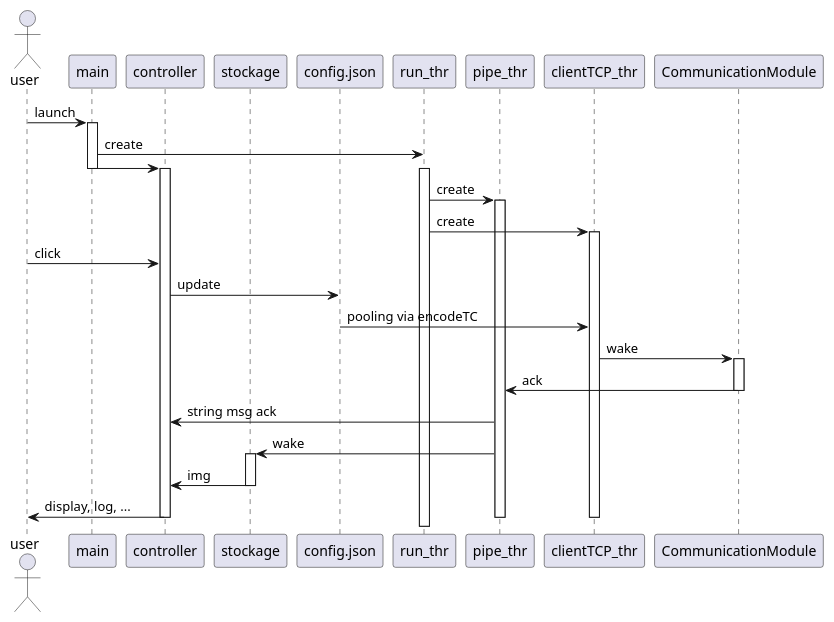
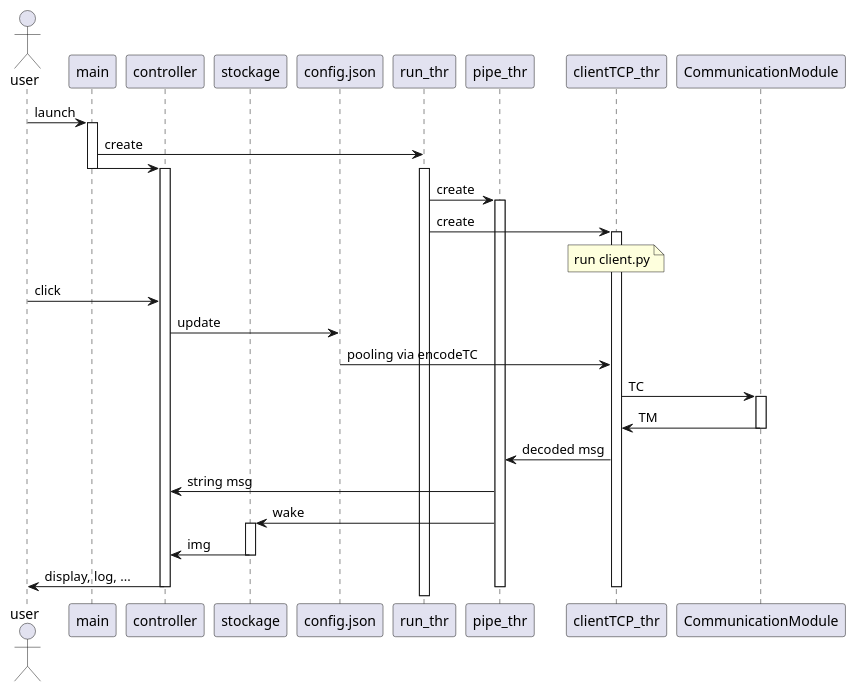
One commit to GuilhemROLLAND/A-Eye_Documentation changed the diagram in plantuml/A-Eye_Controller.plantuml. Above: the diagram before and after it, drawn with PlantUML. The commit also changed 1 other file, not shown here.

Commit message:
ack to TC/TM

```diff
--- a/plantuml/A-Eye_Controller.plantuml
+++ b/plantuml/A-Eye_Controller.plantuml
@@ -1,40 +1,41 @@
 @startuml A-Eye_Controller sequence diagram
 actor user
 participant main 
 participant controller
 participant stockage
 participant config.json
 participant run_thr
 participant pipe_thr
 participant clientTCP_thr
 participant CommunicationModule
 user -> main : launch
 activate main
 main -> run_thr : create
 main -> controller : 
 deactivate main 
 activate controller
 activate run_thr 
 run_thr -> pipe_thr : create
 activate pipe_thr
 run_thr -> clientTCP_thr : create
 activate clientTCP_thr
-
+note over clientTCP_thr : run client.py
 user -> controller : click
 controller -> config.json : update
 config.json -> clientTCP_thr : pooling via encodeTC
-clientTCP_thr -> CommunicationModule : wake
+clientTCP_thr -> CommunicationModule : TC
 activate CommunicationModule
-CommunicationModule -> pipe_thr : ack
+CommunicationModule -> clientTCP_thr : TM
 deactivate CommunicationModule
-pipe_thr -> controller : string msg ack
+clientTCP_thr -> pipe_thr : decoded msg
+pipe_thr -> controller : string msg 
 pipe_thr -> stockage : wake
 activate stockage
 stockage -> controller : img
 deactivate stockage 
 controller -> user : display, log, ...
 
 deactivate controller 
 deactivate clientTCP_thr 
 deactivate pipe_thr 
 @enduml
```
